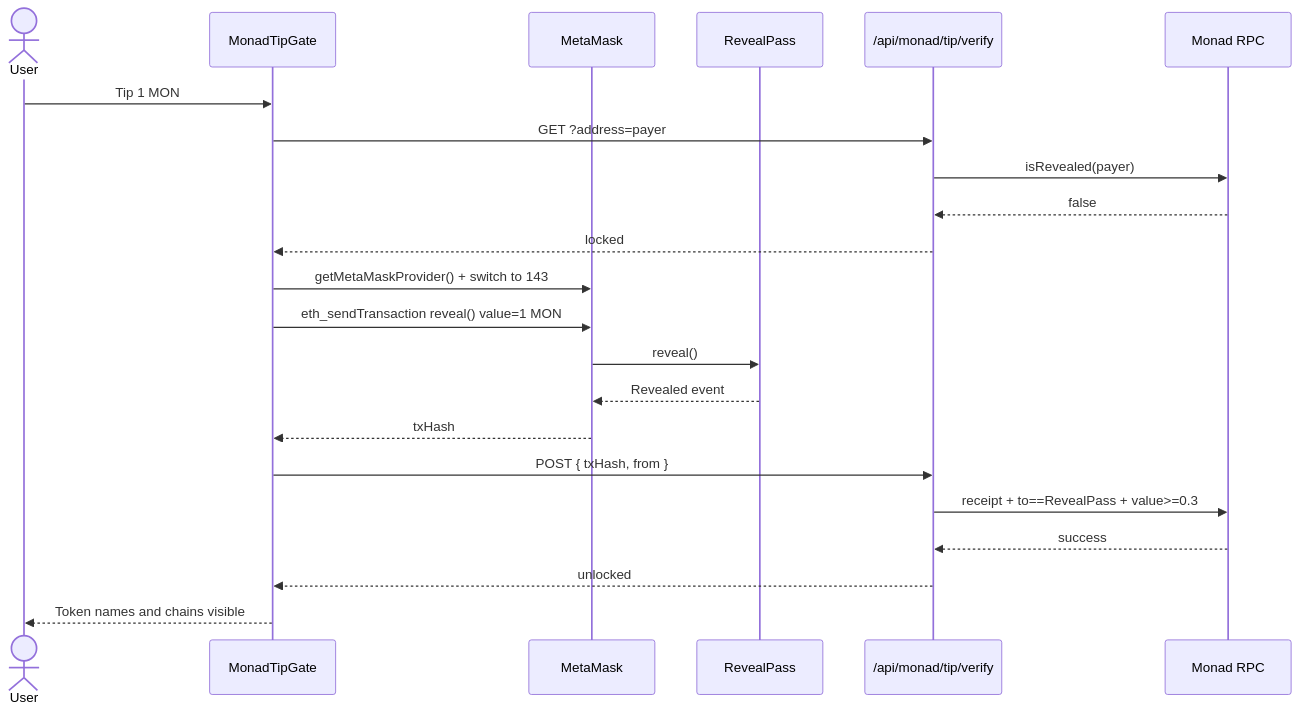
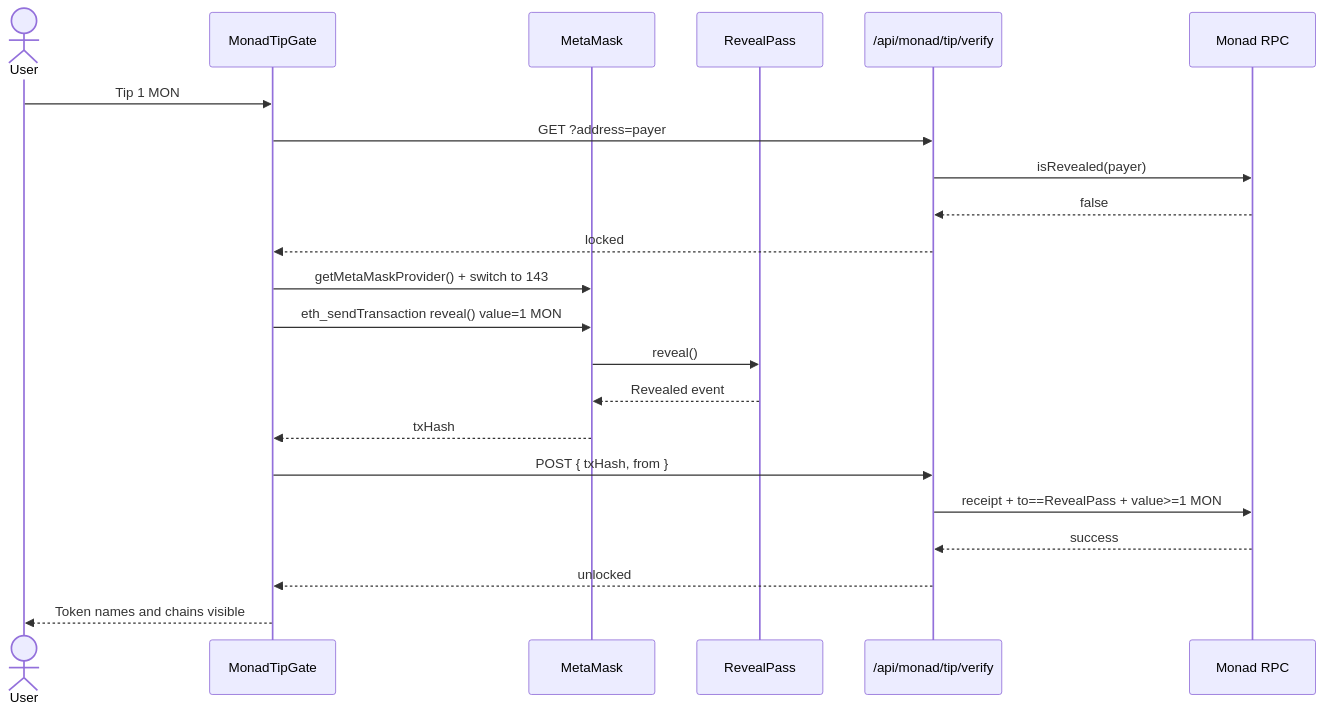
Before and after one commit to AmaanSayyad/find_hidden_money: the fourth of 5 diagrams in README.md, drawn with Mermaid. The commit also changed other lines of this file and 2 other files, not shown here.

````diff
--- a/README.md
+++ b/README.md
@@ -265,27 +273,27 @@
 ```mermaid
 sequenceDiagram
   actor User
   participant Gate as MonadTipGate
   participant MM as MetaMask
   participant RP as RevealPass
   participant API as /api/monad/tip/verify
   participant Node as Monad RPC
 
   User->>Gate: Tip 1 MON
   Gate->>API: GET ?address=payer
   API->>Node: isRevealed(payer)
   Node-->>API: false
   API-->>Gate: locked
 
   Gate->>MM: getMetaMaskProvider() + switch to 143
   Gate->>MM: eth_sendTransaction reveal() value=1 MON
   MM->>RP: reveal()
   RP-->>MM: Revealed event
   MM-->>Gate: txHash
 
   Gate->>API: POST { txHash, from }
-  API->>Node: receipt + to==RevealPass + value>=0.3
+  API->>Node: receipt + to==RevealPass + value>=1 MON
   Node-->>API: success
   API-->>Gate: unlocked
   Gate-->>User: Token names and chains visible
 ```
````
